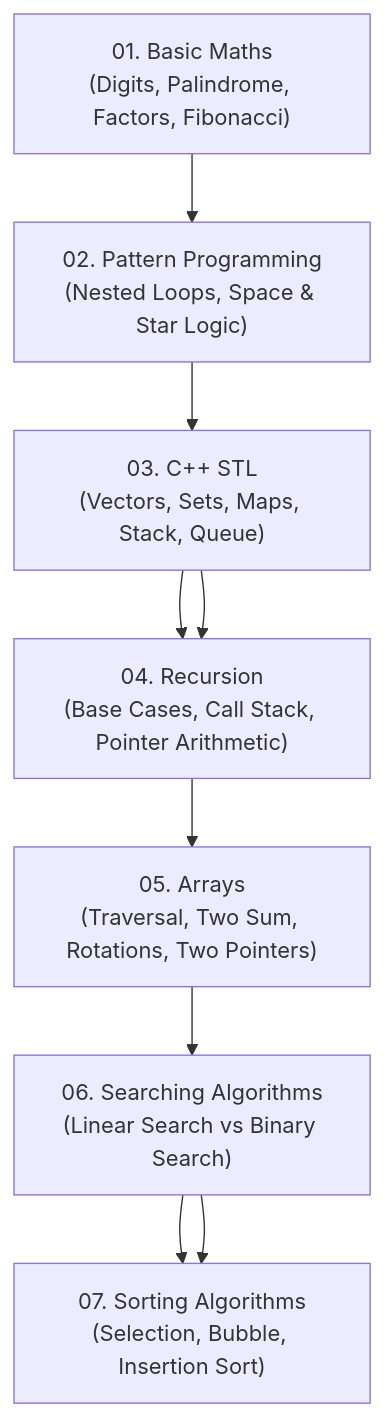
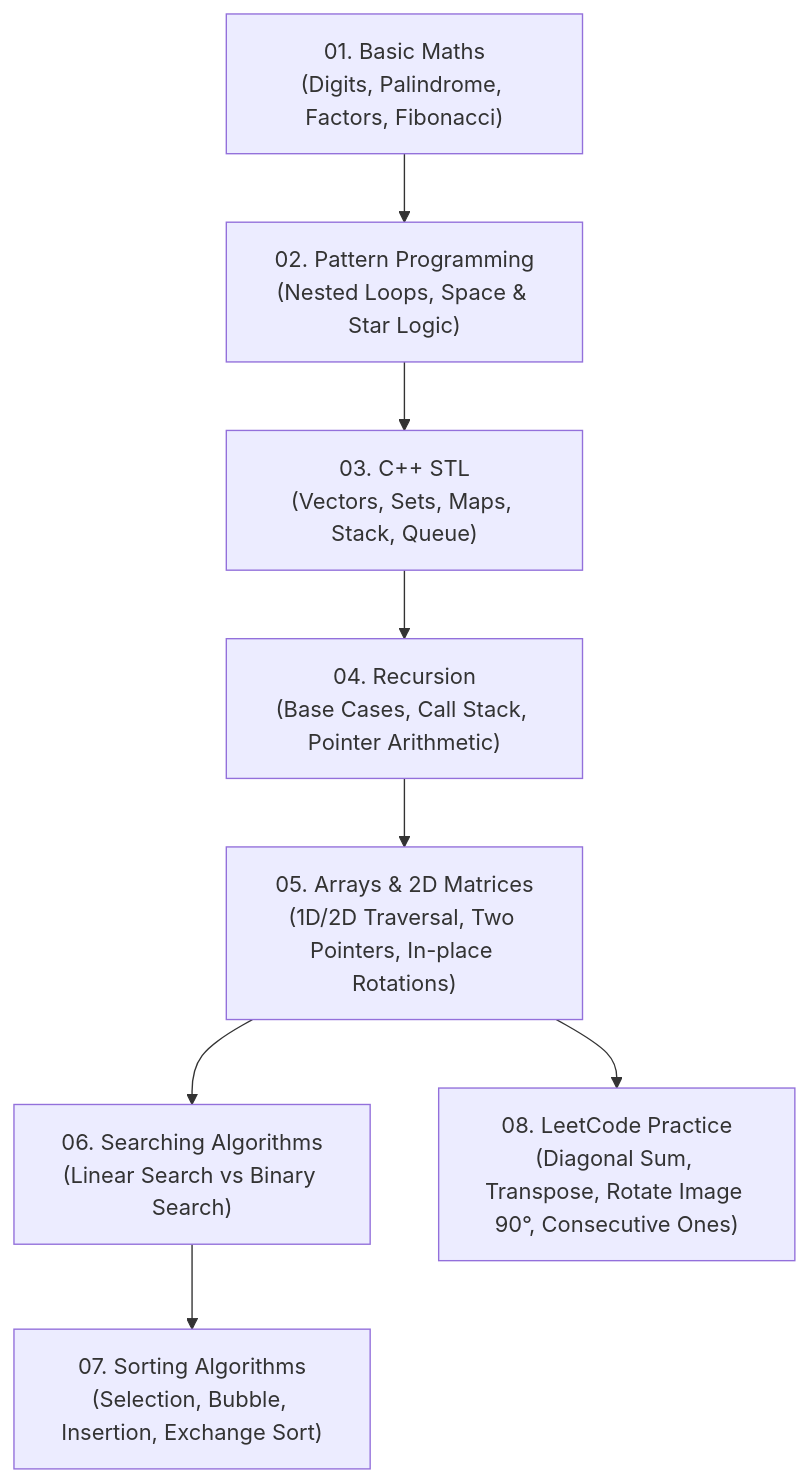
One commit to niteshxedev-byte/DSA_CPP changed the diagram in README.md. Above: the diagram before and after it, drawn with Mermaid. The commit also changed other lines of this file and 2 other files, not shown here.

Commit message:
Update README.md with 2D array, comprehensive utilities, and LeetCode problem solutions

````diff
--- a/README.md
+++ b/README.md
@@ -11,11 +11,10 @@
 ```mermaid
 flowchart TD
     A["01. Basic Maths<br/>(Digits, Palindrome, Factors, Fibonacci)"] --> B["02. Pattern Programming<br/>(Nested Loops, Space & Star Logic)"]
     B --> C["03. C++ STL<br/>(Vectors, Sets, Maps, Stack, Queue)"]
-    C --> D["04. Recursion<br/>(Base Cases, Call Stack, In-place Reversal)"]
     C --> D["04. Recursion<br/>(Base Cases, Call Stack, Pointer Arithmetic)"]
-    D --> E["05. Arrays<br/>(Traversal, Two Sum, Rotations, Two Pointers)"]
+    D --> E["05. Arrays & 2D Matrices<br/>(1D/2D Traversal, Two Pointers, In-place Rotations)"]
     E --> F["06. Searching Algorithms<br/>(Linear Search vs Binary Search)"]
-    F --> G["07. Sorting Algorithms<br/>(Selection Sort, Bubble Sort)"]
-    F --> G["07. Sorting Algorithms<br/>(Selection, Bubble, Insertion Sort)"]
+    F --> G["07. Sorting Algorithms<br/>(Selection, Bubble, Insertion, Exchange Sort)"]
+    E --> H["08. LeetCode Practice<br/>(Diagonal Sum, Transpose, Rotate Image 90°, Consecutive Ones)"]
 ```
````
